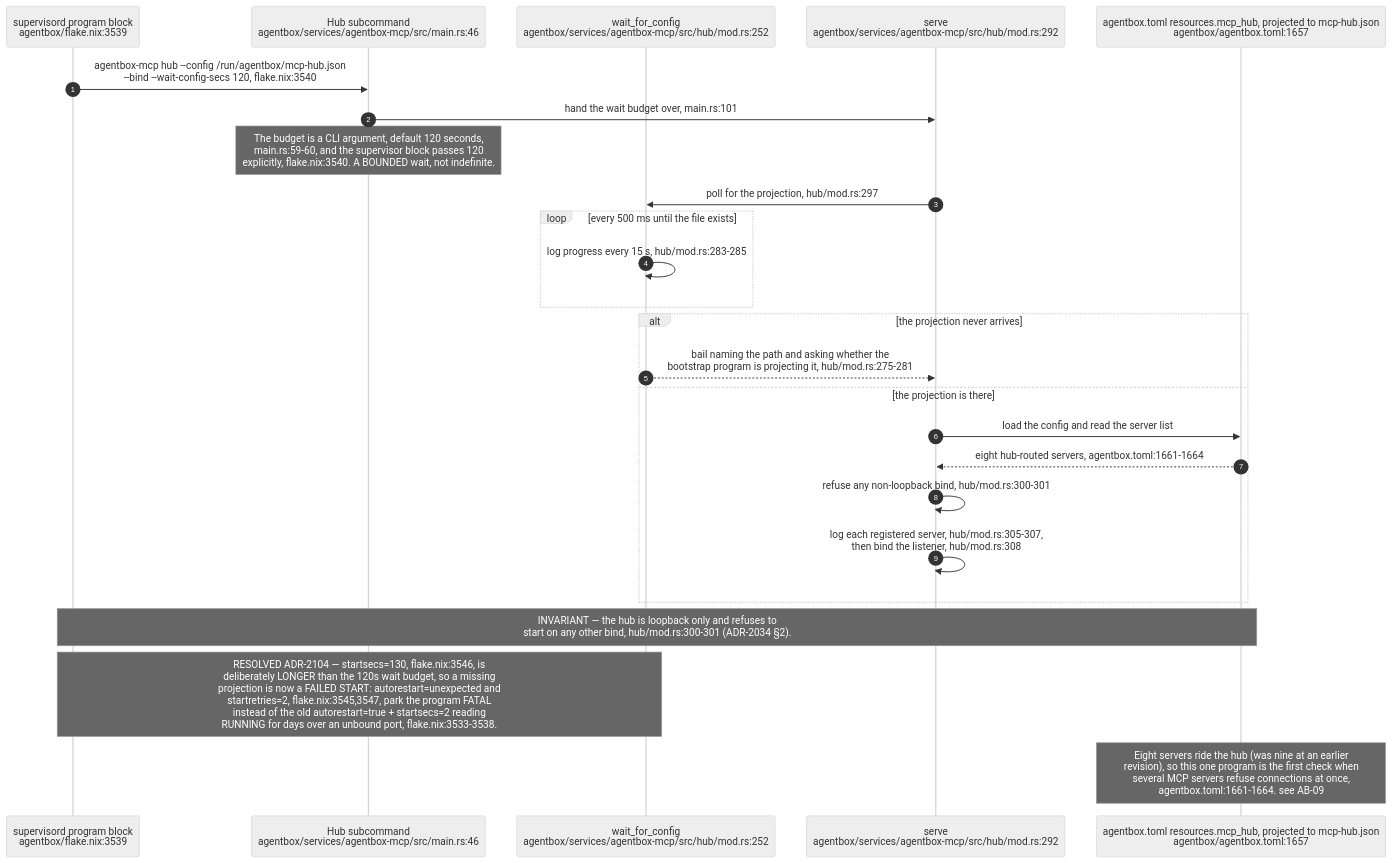
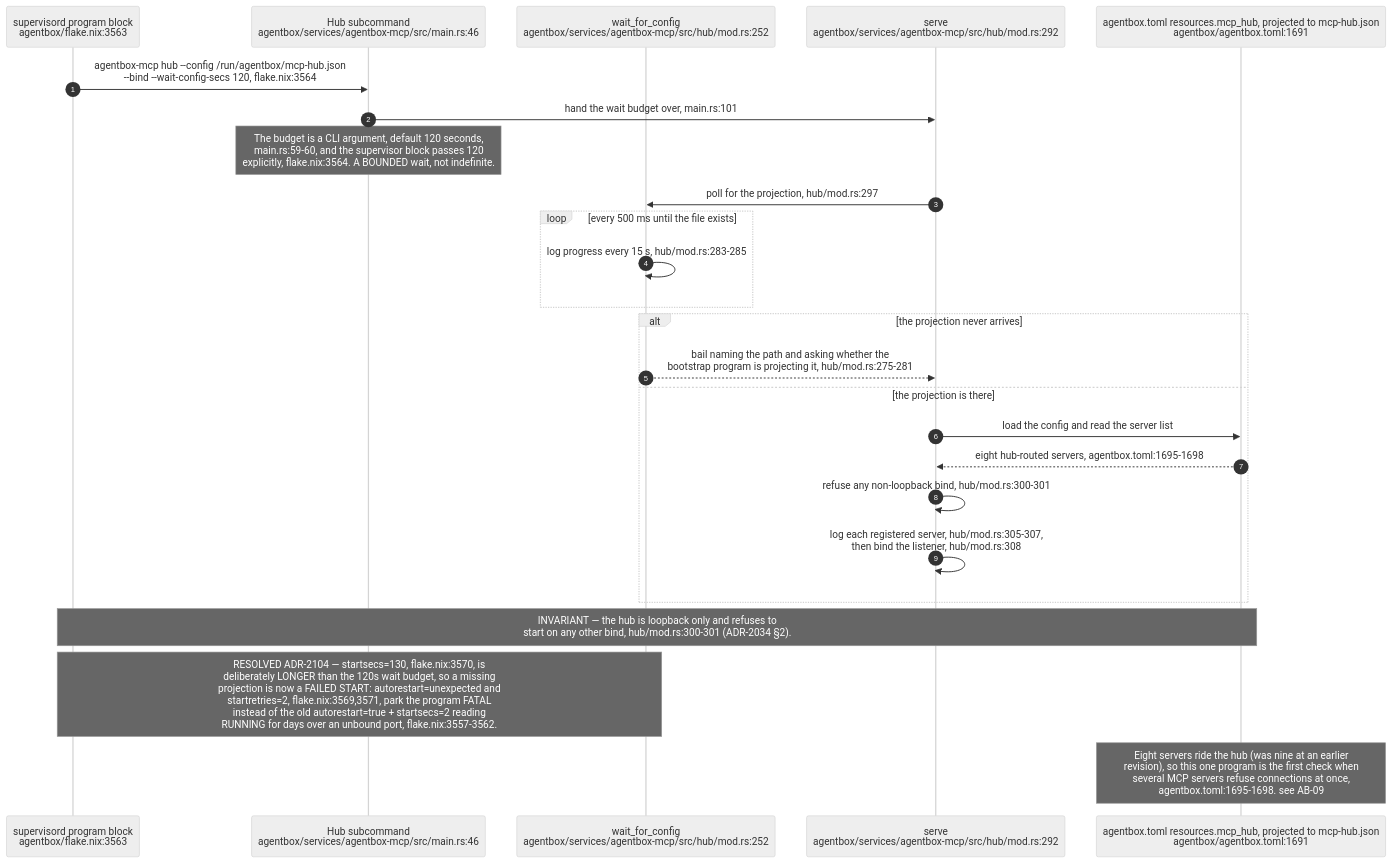
The seventh of 8 diagrams in docs/diagrams/estate/01-estate-topology.md (DreamLab-AI/VisionFlow), drawn with Mermaid (neutral theme) before and after one commit. The commit also changed other lines of this file and 6 other files, not shown here.

````diff
--- a/docs/diagrams/estate/01-estate-topology.md
+++ b/docs/diagrams/estate/01-estate-topology.md
@@ -312,28 +312,28 @@
 ```mermaid
 sequenceDiagram
     autonumber
-    participant SUP as supervisord program block<br/>agentbox/flake.nix:3539
+    participant SUP as supervisord program block<br/>agentbox/flake.nix:3563
     participant MAIN as Hub subcommand<br/>agentbox/services/agentbox-mcp/src/main.rs:46
     participant WAIT as wait_for_config<br/>agentbox/services/agentbox-mcp/src/hub/mod.rs:252
     participant SERVE as serve<br/>agentbox/services/agentbox-mcp/src/hub/mod.rs:292
-    participant MAN as agentbox.toml resources.mcp_hub, projected to mcp-hub.json<br/>agentbox/agentbox.toml:1657
+    participant MAN as agentbox.toml resources.mcp_hub, projected to mcp-hub.json<br/>agentbox/agentbox.toml:1691
 
-    SUP->>MAIN: agentbox-mcp hub --config /run/agentbox/mcp-hub.json<br/>--bind --wait-config-secs 120, flake.nix:3540
+    SUP->>MAIN: agentbox-mcp hub --config /run/agentbox/mcp-hub.json<br/>--bind --wait-config-secs 120, flake.nix:3564
     MAIN->>SERVE: hand the wait budget over, main.rs:101
-    Note over MAIN: The budget is a CLI argument, default 120 seconds,<br/>main.rs:59-60, and the supervisor block passes 120<br/>explicitly, flake.nix:3540. A BOUNDED wait, not indefinite.
+    Note over MAIN: The budget is a CLI argument, default 120 seconds,<br/>main.rs:59-60, and the supervisor block passes 120<br/>explicitly, flake.nix:3564. A BOUNDED wait, not indefinite.
     SERVE->>WAIT: poll for the projection, hub/mod.rs:297
     loop every 500 ms until the file exists
         WAIT->>WAIT: log progress every 15 s, hub/mod.rs:283-285
     end
     alt the projection never arrives
         WAIT-->>SERVE: bail naming the path and asking whether the<br/>bootstrap program is projecting it, hub/mod.rs:275-281
     else the projection is there
         SERVE->>MAN: load the config and read the server list
-        MAN-->>SERVE: eight hub-routed servers, agentbox.toml:1661-1664
+        MAN-->>SERVE: eight hub-routed servers, agentbox.toml:1695-1698
         SERVE->>SERVE: refuse any non-loopback bind, hub/mod.rs:300-301
         SERVE->>SERVE: log each registered server, hub/mod.rs:305-307,<br/>then bind the listener, hub/mod.rs:308
     end
     Note over SUP,MAN: INVARIANT — the hub is loopback only and refuses to<br/>start on any other bind, hub/mod.rs:300-301 (ADR-2034 §2).
-    Note over SUP,WAIT: RESOLVED ADR-2104 — startsecs=130, flake.nix:3546, is<br/>deliberately LONGER than the 120s wait budget, so a missing<br/>projection is now a FAILED START: autorestart=unexpected and<br/>startretries=2, flake.nix:3545,3547, park the program FATAL<br/>instead of the old autorestart=true + startsecs=2 reading<br/>RUNNING for days over an unbound port, flake.nix:3533-3538.
-    Note over MAN: Eight servers ride the hub (was nine at an earlier<br/>revision), so this one program is the first check when<br/>several MCP servers refuse connections at once,<br/>agentbox.toml:1661-1664. see AB-09
+    Note over SUP,WAIT: RESOLVED ADR-2104 — startsecs=130, flake.nix:3570, is<br/>deliberately LONGER than the 120s wait budget, so a missing<br/>projection is now a FAILED START: autorestart=unexpected and<br/>startretries=2, flake.nix:3569,3571, park the program FATAL<br/>instead of the old autorestart=true + startsecs=2 reading<br/>RUNNING for days over an unbound port, flake.nix:3557-3562.
+    Note over MAN: Eight servers ride the hub (was nine at an earlier<br/>revision), so this one program is the first check when<br/>several MCP servers refuse connections at once,<br/>agentbox.toml:1695-1698. see AB-09
 ```
````
